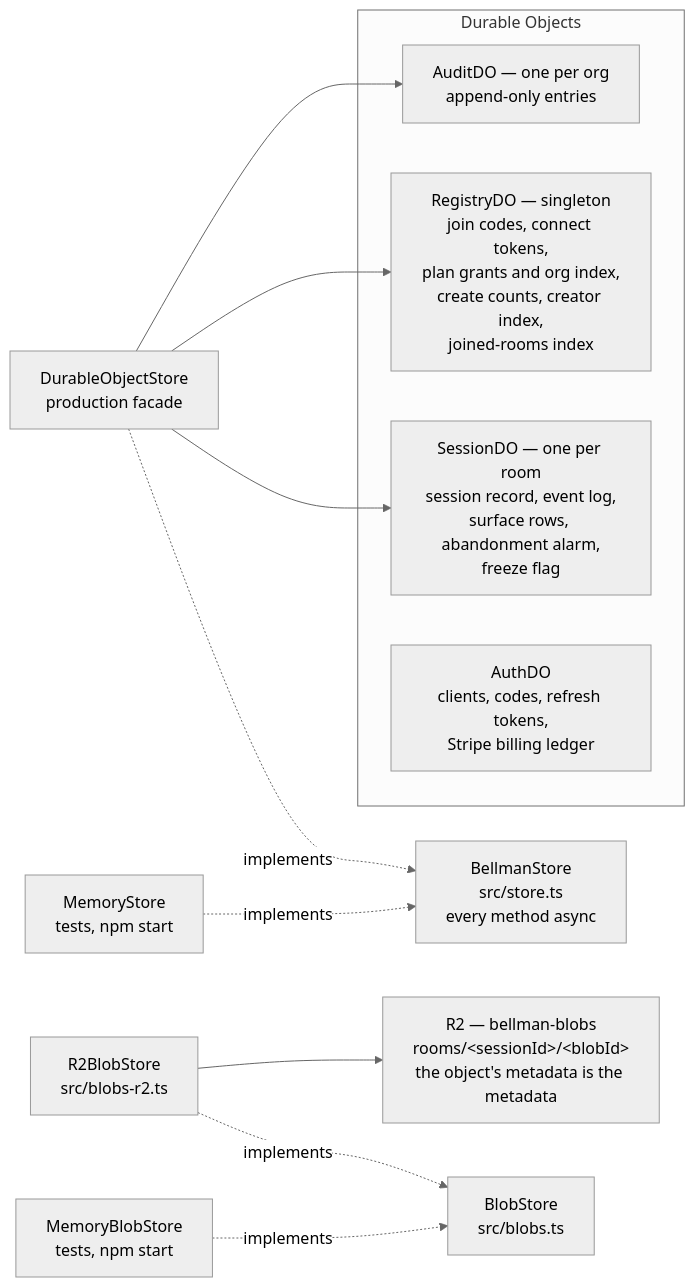
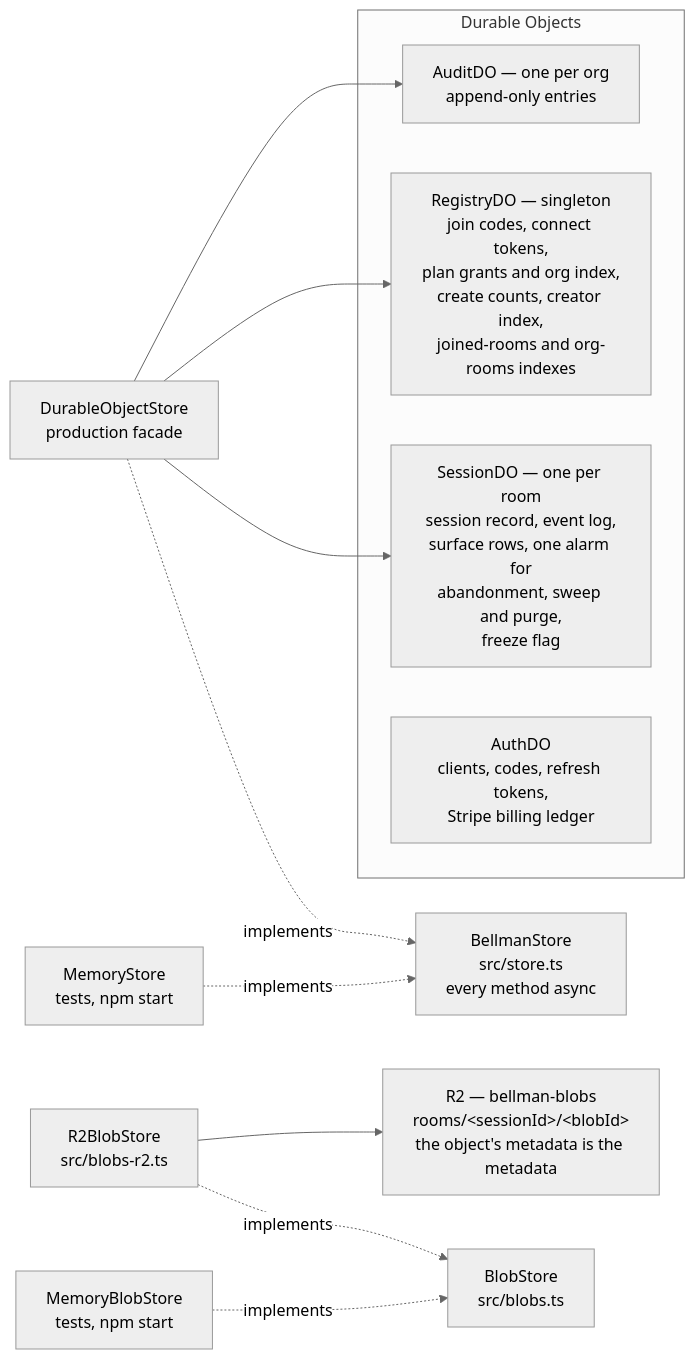
The fourth of 7 diagrams in docs/ARCHITECTURE.md (bellman-sh/bellman), drawn with Mermaid (neutral theme) before and after one commit. The commit also changed other lines of this file and 1 other file, not shown here.

First line of the commit message:
Record retention, the purge and the admin read in ARCHITECTURE and the README

````diff
--- a/docs/ARCHITECTURE.md
+++ b/docs/ARCHITECTURE.md
@@ -410,23 +415,23 @@
 ```mermaid
 flowchart LR
     BS["BellmanStore<br/>src/store.ts<br/>every method async"]
     MEM["MemoryStore<br/>tests, npm start"] -.implements.-> BS
     DOS["DurableObjectStore<br/>production facade"] -.implements.-> BS
 
     DOS --> SDO
     DOS --> RDO
     DOS --> ADO
 
     subgraph objects["Durable Objects"]
-        SDO["SessionDO — one per room<br/>session record, event log,<br/>surface rows, abandonment alarm,<br/>freeze flag"]
-        RDO["RegistryDO — singleton<br/>join codes, connect tokens,<br/>plan grants and org index,<br/>create counts, creator index,<br/>joined-rooms index"]
+        SDO["SessionDO — one per room<br/>session record, event log,<br/>surface rows, one alarm for<br/>abandonment, sweep and purge,<br/>freeze flag"]
+        RDO["RegistryDO — singleton<br/>join codes, connect tokens,<br/>plan grants and org index,<br/>create counts, creator index,<br/>joined-rooms and org-rooms indexes"]
         ADO["AuditDO — one per org<br/>append-only entries"]
         AUTH["AuthDO<br/>clients, codes, refresh tokens,<br/>Stripe billing ledger"]
     end
 
     BLOB["BlobStore<br/>src/blobs.ts"]
     R2["R2 — bellman-blobs<br/>rooms/&lt;sessionId&gt;/&lt;blobId&gt;<br/>the object's metadata is the metadata"]
     MEMB["MemoryBlobStore<br/>tests, npm start"] -.implements.-> BLOB
     R2S["R2BlobStore<br/>src/blobs-r2.ts"] -.implements.-> BLOB
     R2S --> R2
 ```
````
